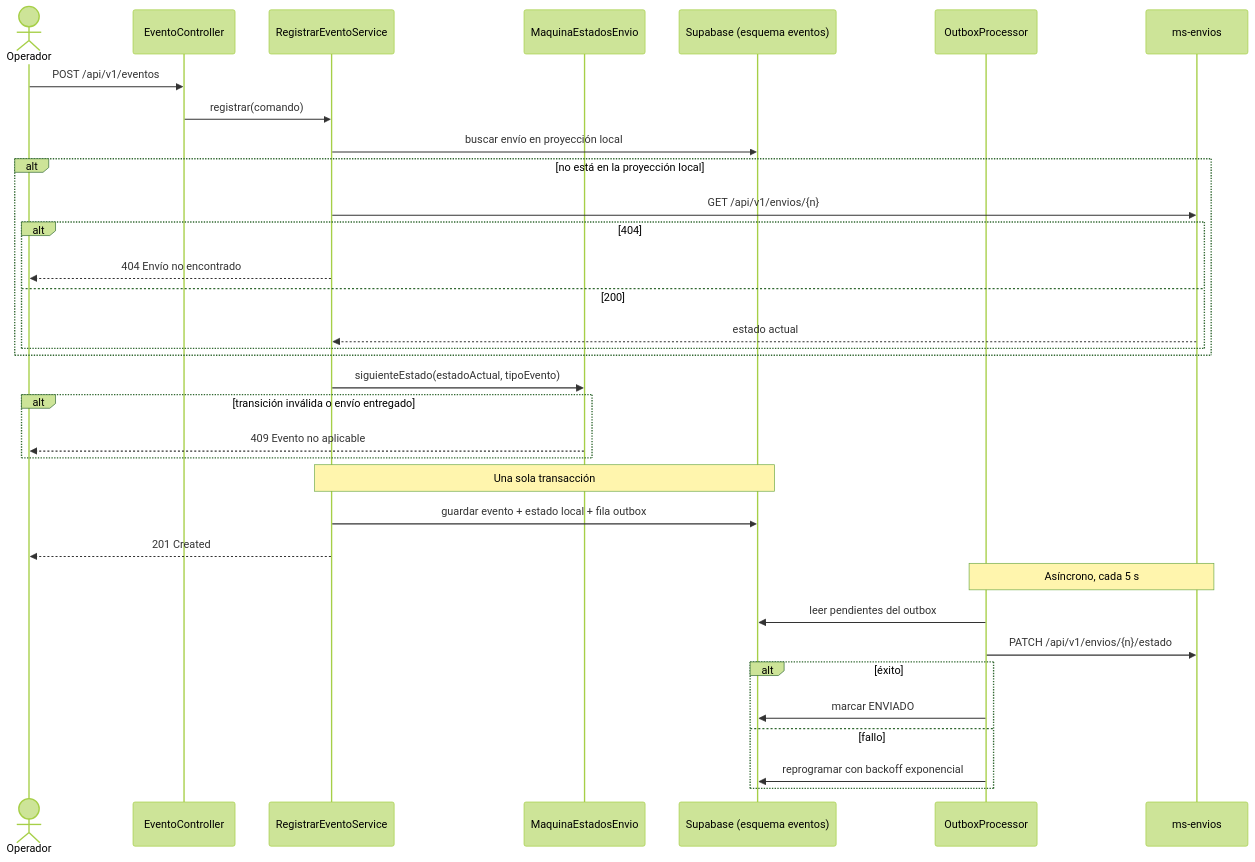
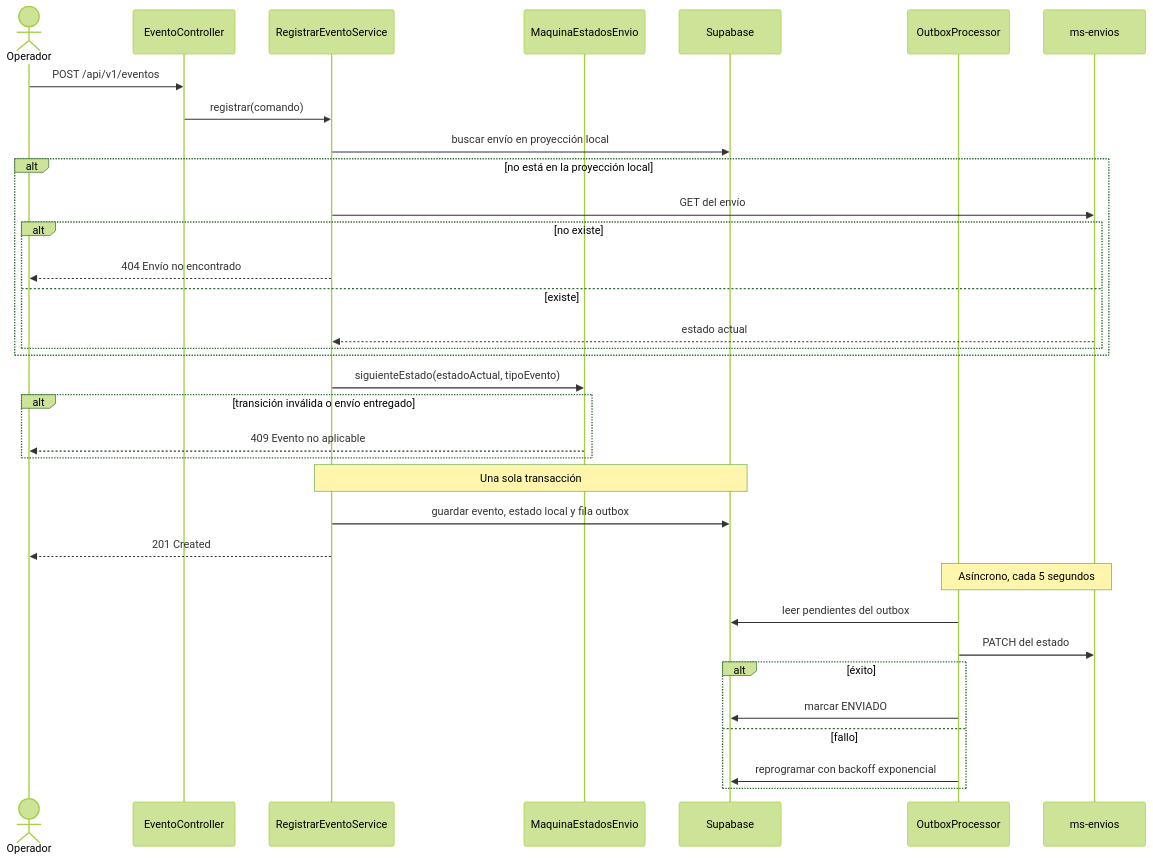
One commit to EynerCG/ms-eventos-HU-02 changed the fourth of 4 diagrams in docs/arquitectura/diagrama-paquetes-componentes.md. Above: the diagram before and after it, drawn with Mermaid (forest theme). The commit also changed other lines of this file and 1 other file, not shown here.

First line of the commit message:
fix: corregir sintaxis Mermaid para que los diagramas rendericen en GitHub

````diff
--- a/docs/arquitectura/diagrama-paquetes-componentes.md
+++ b/docs/arquitectura/diagrama-paquetes-componentes.md
@@ -185,41 +176,41 @@
 ```mermaid
 sequenceDiagram
     actor OP as Operador
     participant C as EventoController
     participant S as RegistrarEventoService
     participant M as MaquinaEstadosEnvio
-    participant DB as Supabase (esquema eventos)
+    participant DB as Supabase
     participant P as OutboxProcessor
     participant E as ms-envios
 
     OP->>C: POST /api/v1/eventos
     C->>S: registrar(comando)
     S->>DB: buscar envío en proyección local
 
     alt no está en la proyección local
-        S->>E: GET /api/v1/envios/{n}
-        alt 404
+        S->>E: GET del envío
+        alt no existe
             S-->>OP: 404 Envío no encontrado
-        else 200
+        else existe
             E-->>S: estado actual
         end
     end
 
     S->>M: siguienteEstado(estadoActual, tipoEvento)
     alt transición inválida o envío entregado
         M-->>OP: 409 Evento no aplicable
     end
 
     Note over S,DB: Una sola transacción
-    S->>DB: guardar evento + estado local + fila outbox
+    S->>DB: guardar evento, estado local y fila outbox
     S-->>OP: 201 Created
 
-    Note over P,E: Asíncrono, cada 5 s
+    Note over P,E: Asíncrono, cada 5 segundos
     P->>DB: leer pendientes del outbox
-    P->>E: PATCH /api/v1/envios/{n}/estado
+    P->>E: PATCH del estado
     alt éxito
         P->>DB: marcar ENVIADO
     else fallo
         P->>DB: reprogramar con backoff exponencial
     end
 ```
````
